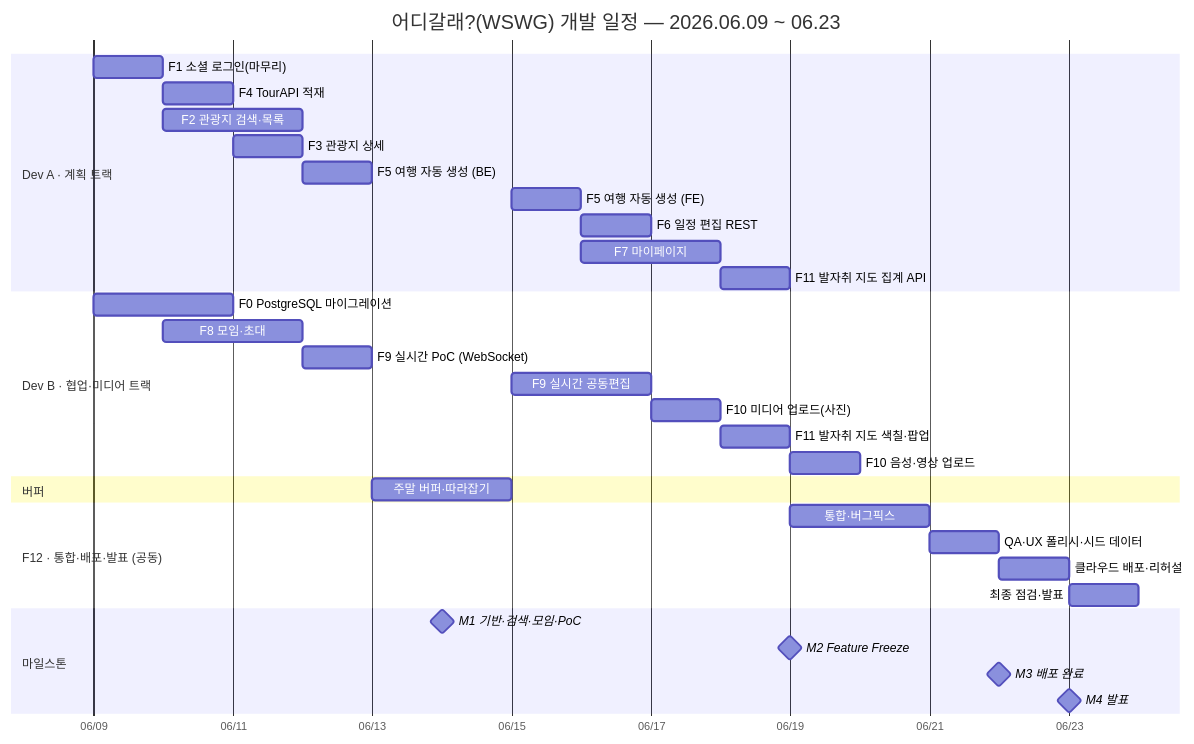
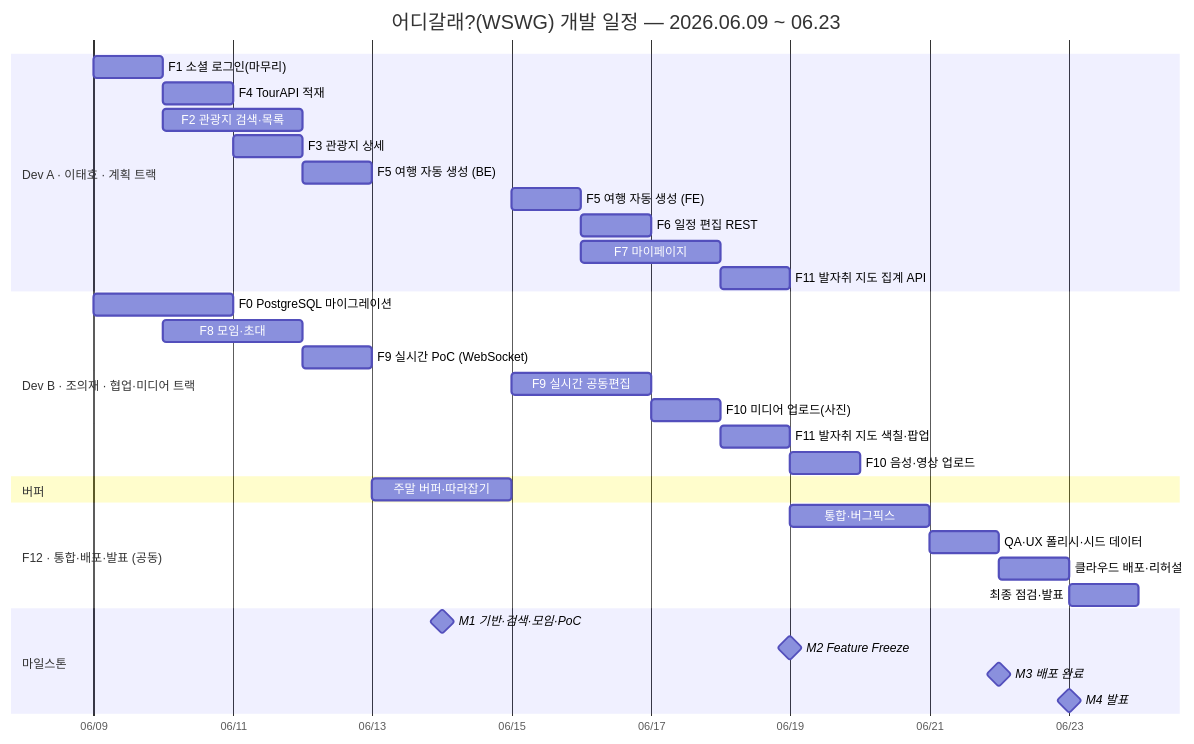
Before and after one commit to Where-should-we-go/wswg_artifact: the diagram in WBS간트차트.md, drawn with Mermaid. The commit also changed other lines of this file, not shown here.

Commit message:
docs(wbs): 트랙 담당자 명시 (A=이태호, B=조의재)

````diff
--- a/WBS간트차트.md
+++ b/WBS간트차트.md
@@ -33,42 +33,42 @@
 ```mermaid
 gantt
     title 어디갈래?(WSWG) 개발 일정 — 2026.06.09 ~ 06.23
     dateFormat  YYYY-MM-DD
     axisFormat  %m/%d
     todayMarker off
 
-    section Dev A · 계획 트랙
+    section Dev A · 이태호 · 계획 트랙
     F1 소셜 로그인(마무리)      :a1, 2026-06-09, 1d
     F4 TourAPI 적재             :a4, 2026-06-10, 1d
     F2 관광지 검색·목록         :a2, 2026-06-10, 2d
     F3 관광지 상세              :a3, 2026-06-11, 1d
     F5 여행 자동 생성 (BE)      :a5, 2026-06-12, 1d
     F5 여행 자동 생성 (FE)      :a5b, 2026-06-15, 1d
     F6 일정 편집 REST           :a6, 2026-06-16, 1d
     F7 마이페이지               :a7, 2026-06-16, 2d
     F11 발자취 지도 집계 API     :a11, 2026-06-18, 1d
 
-    section Dev B · 협업·미디어 트랙
+    section Dev B · 조의재 · 협업·미디어 트랙
     F0 PostgreSQL 마이그레이션   :b0, 2026-06-09, 2d
     F8 모임·초대                :b8, 2026-06-10, 2d
     F9 실시간 PoC (WebSocket)    :b9p, 2026-06-12, 1d
     F9 실시간 공동편집           :b9, 2026-06-15, 2d
     F10 미디어 업로드(사진)      :b10, 2026-06-17, 1d
     F11 발자취 지도 색칠·팝업    :b11, 2026-06-18, 1d
     F10 음성·영상 업로드         :b10b, 2026-06-19, 1d
 
     section 버퍼
     주말 버퍼·따라잡기          :buf, 2026-06-13, 2d
 
     section F12 · 통합·배포·발표 (공동)
     통합·버그픽스               :c1, 2026-06-19, 2d
     QA·UX 폴리시·시드 데이터    :c2, 2026-06-21, 1d
     클라우드 배포·리허설        :c3, 2026-06-22, 1d
     최종 점검·발표              :c4, 2026-06-23, 1d
 
     section 마일스톤
     M1 기반·검색·모임·PoC       :milestone, m1, 2026-06-14, 0d
     M2 Feature Freeze           :milestone, m2, 2026-06-19, 0d
     M3 배포 완료                :milestone, m3, 2026-06-22, 0d
     M4 발표                     :milestone, m4, 2026-06-23, 0d
 ```
````
